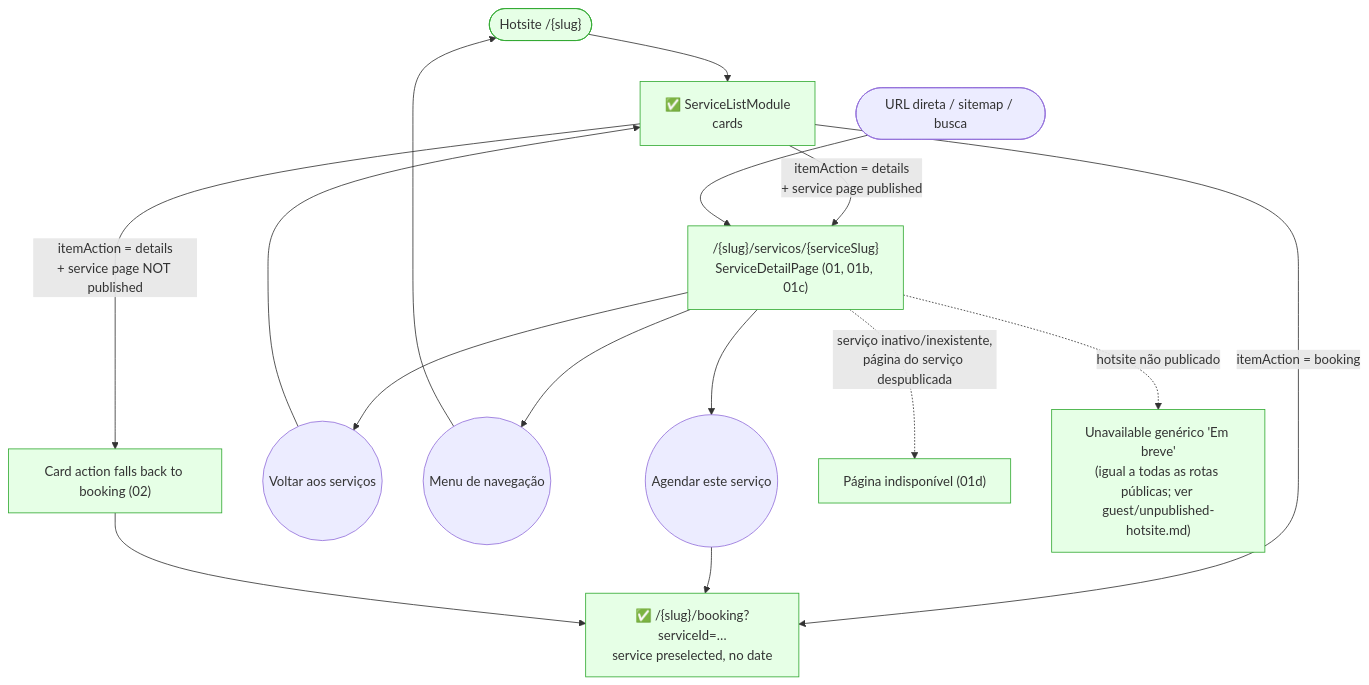
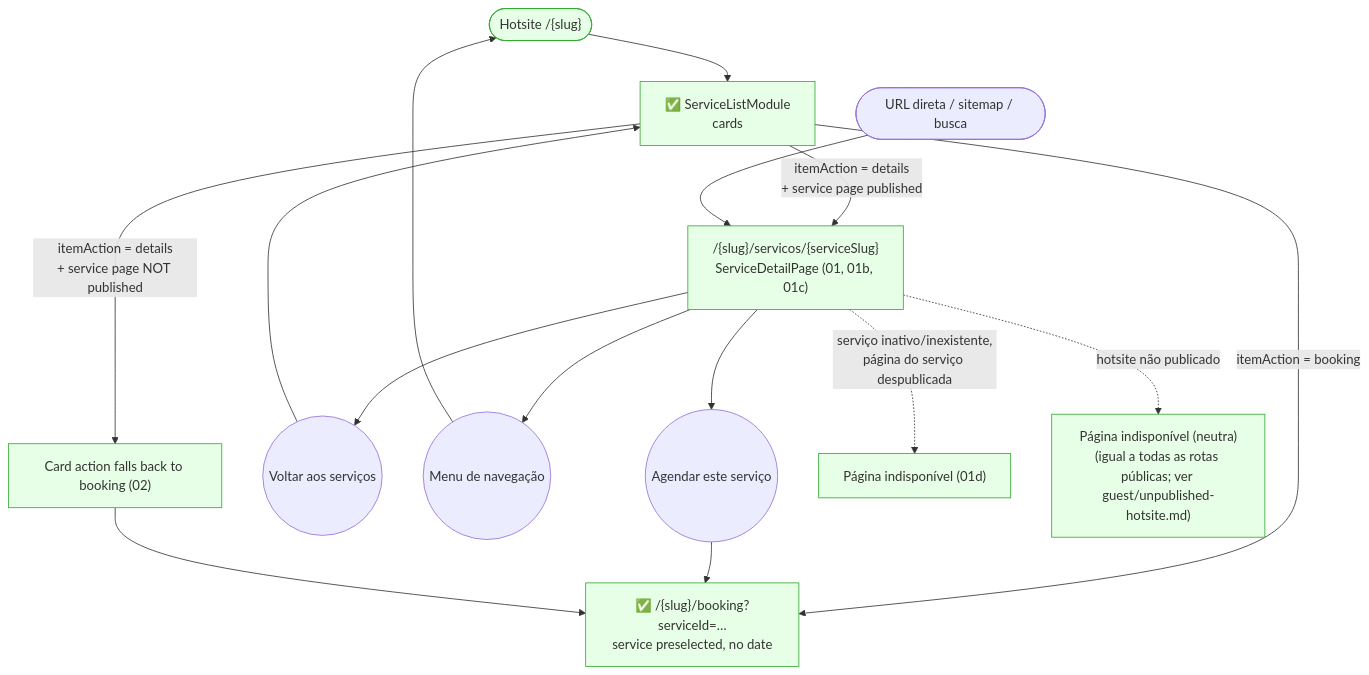
Before and after one commit to lmmoreira/ikaro: the diagram in journeys/guest/service-detail.md, drawn with Mermaid. The commit also changed 12 other files, not shown here.

````diff
--- a/journeys/guest/service-detail.md
+++ b/journeys/guest/service-detail.md
@@ -10,21 +10,21 @@
 ```mermaid
 flowchart TD
     classDef existing fill:#e6ffe6,stroke:#3a3
     classDef gap stroke:#f00,stroke-dasharray: 5 5,fill:#fee
 
     Home(["Hotsite /{slug}"]) --> ServiceList["✅ ServiceListModule<br/>cards"]
     ServiceList -- "itemAction = details<br/>+ service page published" --> Detail["/{slug}/servicos/{serviceSlug}<br/>ServiceDetailPage (01, 01b, 01c)"]
     ServiceList -- "itemAction = details<br/>+ service page NOT published" --> BookingFallback["Card action falls back to booking (02)"]
     ServiceList -- "itemAction = booking" --> Booking
     Detail --> Back(("Voltar aos serviços")) --> ServiceList
     Detail --> Nav(("Menu de navegação")) --> Home
     Detail --> Cta(("Agendar este serviço"))
     Cta --> Booking["✅ /{slug}/booking?serviceId=…<br/>service preselected, no date"]
     BookingFallback --> Booking
     Direct(["URL direta / sitemap / busca"]) --> Detail
     Detail -. "serviço inativo/inexistente,<br/>página do serviço despublicada" .-> NotFound["Página indisponível (01d)"]
-    Detail -. "hotsite não publicado" .-> HotsiteUnavailable["Unavailable genérico 'Em breve'<br/>(igual a todas as rotas públicas; ver guest/unpublished-hotsite.md)"]
+    Detail -. "hotsite não publicado" .-> HotsiteUnavailable["Página indisponível (neutra)<br/>(igual a todas as rotas públicas; ver guest/unpublished-hotsite.md)"]
 
     class Home,ServiceList,Booking existing
     class Detail,BookingFallback,NotFound,HotsiteUnavailable existing
 ```
````
